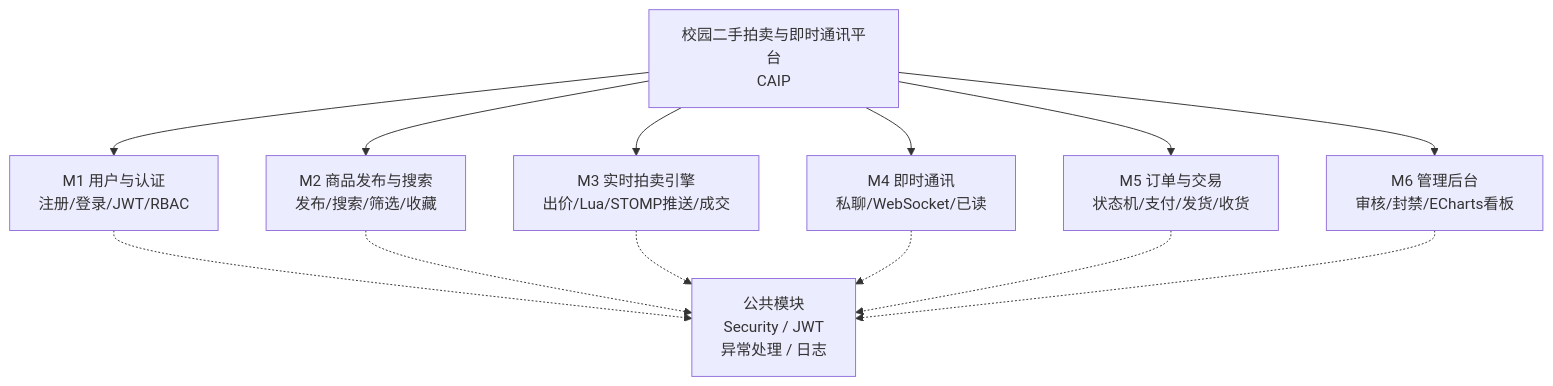
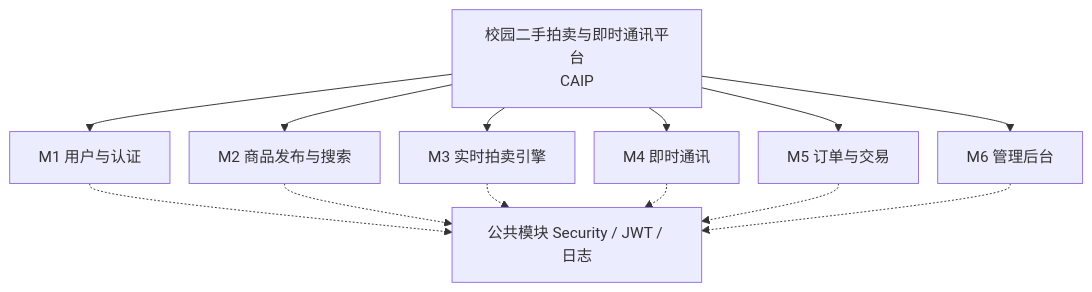
The first of 9 diagrams in docs/01-开发计划书-修订版.md (LiuZiyan3126/campus-auction-im), drawn with Mermaid before and after one commit. The commit also changed other lines of this file and 2 other files, not shown here.

First line of the commit message:
docs: 开发计划书添加封面，缩小前部图表，优化README

````diff
--- a/docs/01-开发计划书-修订版.md
+++ b/docs/01-开发计划书-修订版.md
@@ -68,19 +106,20 @@
 ```mermaid
+%%{init: {'flowchart': {'nodeSpacing': 20, 'rankSpacing': 25}}}%%
 graph TD
     CAIP["校园二手拍卖与即时通讯平台<br/>CAIP"]
 
-    CAIP --> M1["M1 用户与认证<br/>注册/登录/JWT/RBAC"]
-    CAIP --> M2["M2 商品发布与搜索<br/>发布/搜索/筛选/收藏"]
-    CAIP --> M3["M3 实时拍卖引擎<br/>出价/Lua/STOMP推送/成交"]
-    CAIP --> M4["M4 即时通讯<br/>私聊/WebSocket/已读"]
-    CAIP --> M5["M5 订单与交易<br/>状态机/支付/发货/收货"]
-    CAIP --> M6["M6 管理后台<br/>审核/封禁/ECharts看板"]
+    CAIP --> M1["M1 用户与认证"]
+    CAIP --> M2["M2 商品发布与搜索"]
+    CAIP --> M3["M3 实时拍卖引擎"]
+    CAIP --> M4["M4 即时通讯"]
+    CAIP --> M5["M5 订单与交易"]
+    CAIP --> M6["M6 管理后台"]
 
-    Common["公共模块<br/>Security / JWT<br/>异常处理 / 日志"]
+    Common["公共模块 Security / JWT / 日志"]
     M1 -.-> Common
     M2 -.-> Common
     M3 -.-> Common
     M4 -.-> Common
     M5 -.-> Common
     M6 -.-> Common
 ```
````
